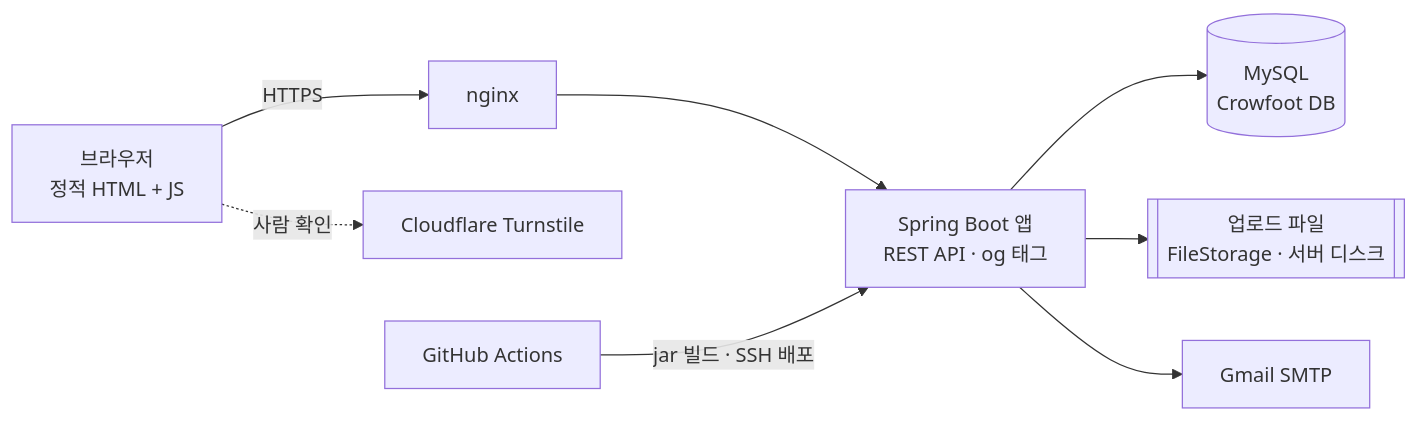
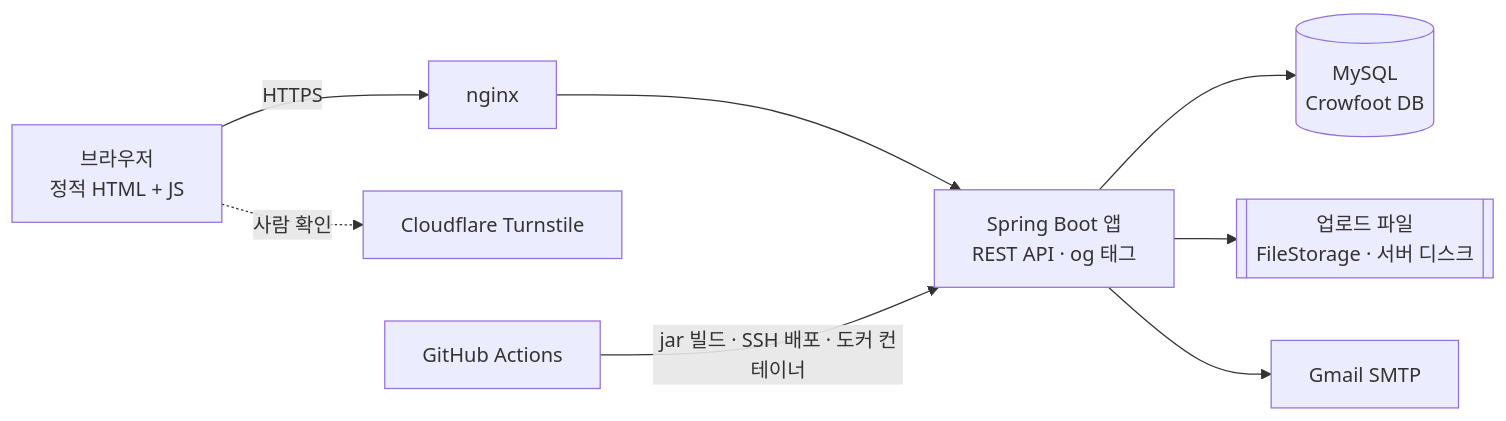
Before and after one commit to b-bine-blog/b-bine-blog: the first of 2 diagrams in README.md, drawn with Mermaid. The commit also changed other lines of this file and 7 other files, not shown here.

````diff
--- a/README.md
+++ b/README.md
@@ -50,10 +50,10 @@
 ```mermaid
 flowchart LR
   U[브라우저<br/>정적 HTML + JS] -->|HTTPS| N[nginx]
   N --> A[Spring Boot 앱<br/>REST API · og 태그]
   A --> D[(MySQL<br/>Crowfoot DB)]
   A --> F[[업로드 파일<br/>FileStorage · 서버 디스크]]
   A --> M[Gmail SMTP]
   U -.사람 확인.-> T[Cloudflare Turnstile]
-  G[GitHub Actions] -->|jar 빌드 · SSH 배포| A
+  G[GitHub Actions] -->|jar 빌드 · SSH 배포 · 도커 컨테이너| A
 ```
````
